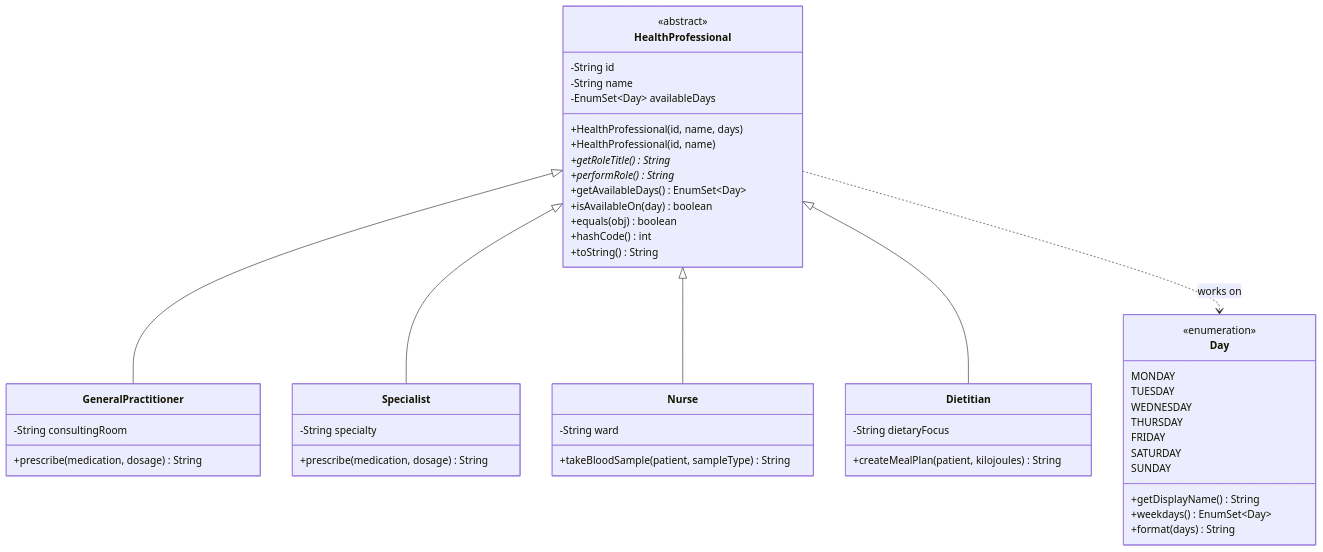
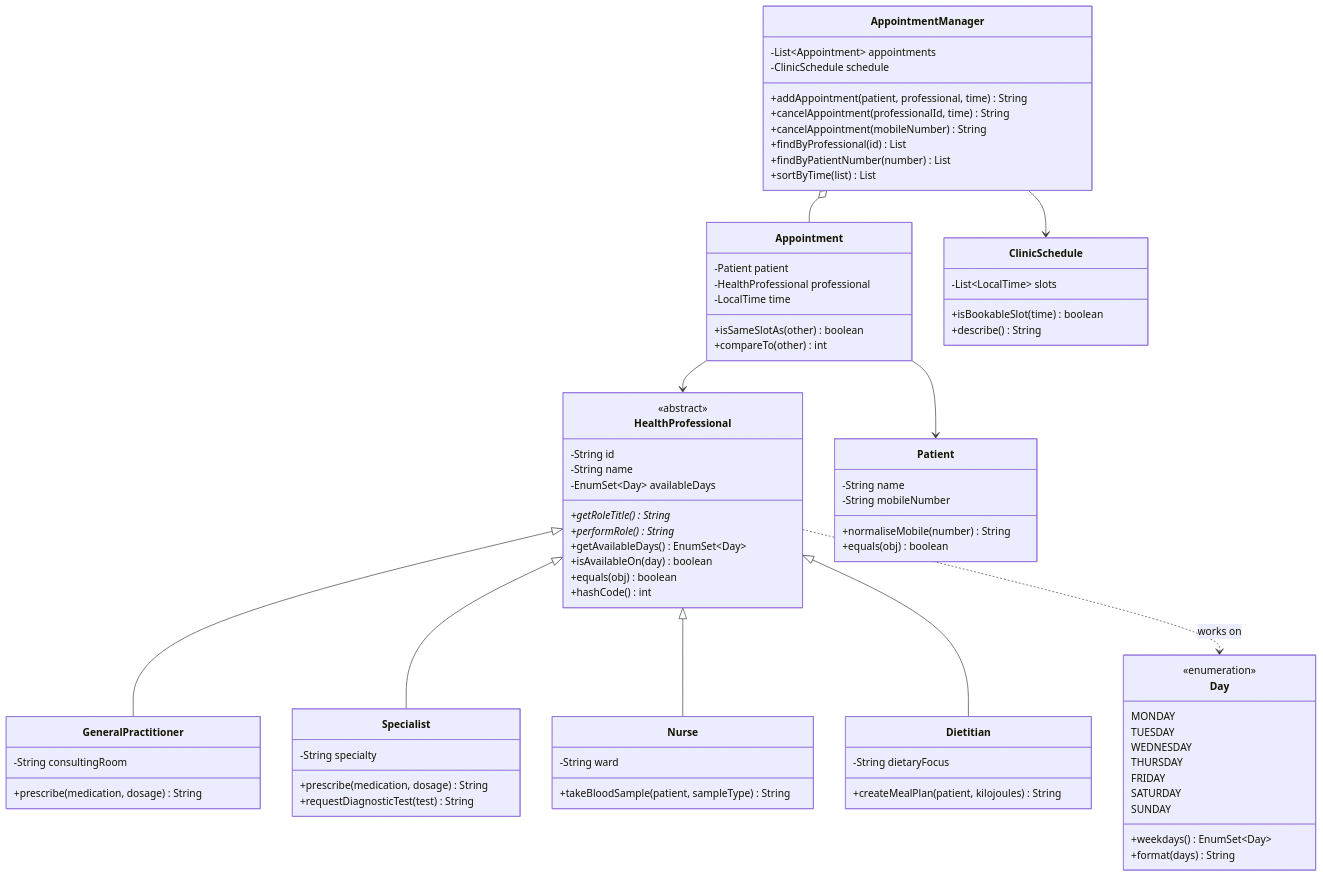
One commit to ZhangYanming88/A1-ZhangYanming changed the diagram in README.md. Above: the diagram before and after it, drawn with Mermaid. The commit also changed other lines of this file and 1 other file, not shown here.

````diff
--- a/README.md
+++ b/README.md
@@ -38,53 +41,82 @@
 ```mermaid
 classDiagram
     class HealthProfessional {
         <<abstract>>
         -String id
         -String name
         -EnumSet~Day~ availableDays
-        +HealthProfessional(id, name, days)
-        +HealthProfessional(id, name)
         +getRoleTitle()* String
         +performRole()* String
         +getAvailableDays() EnumSet~Day~
         +isAvailableOn(day) boolean
         +equals(obj) boolean
         +hashCode() int
-        +toString() String
     }
     class Day {
         <<enumeration>>
         MONDAY
         TUESDAY
         WEDNESDAY
         THURSDAY
         FRIDAY
         SATURDAY
         SUNDAY
-        +getDisplayName() String
         +weekdays() EnumSet~Day~
         +format(days) String
     }
     class GeneralPractitioner {
         -String consultingRoom
         +prescribe(medication, dosage) String
     }
     class Specialist {
         -String specialty
         +prescribe(medication, dosage) String
+        +requestDiagnosticTest(test) String
     }
     class Nurse {
         -String ward
         +takeBloodSample(patient, sampleType) String
     }
     class Dietitian {
         -String dietaryFocus
         +createMealPlan(patient, kilojoules) String
     }
+    class Patient {
+        -String name
+        -String mobileNumber
+        +normaliseMobile(number) String
+        +equals(obj) boolean
+    }
+    class Appointment {
+        -Patient patient
+        -HealthProfessional professional
+        -LocalTime time
+        +isSameSlotAs(other) boolean
+        +compareTo(other) int
+    }
+    class ClinicSchedule {
+        -List~LocalTime~ slots
+        +isBookableSlot(time) boolean
+        +describe() String
+    }
+    class AppointmentManager {
+        -List~Appointment~ appointments
+        -ClinicSchedule schedule
+        +addAppointment(patient, professional, time) String
+        +cancelAppointment(professionalId, time) String
+        +cancelAppointment(mobileNumber) String
+        +findByProfessional(id) List
+        +findByPatientNumber(number) List
+        +sortByTime(list) List
+    }
 
     HealthProfessional <|-- GeneralPractitioner
     HealthProfessional <|-- Specialist
     HealthProfessional <|-- Nurse
     HealthProfessional <|-- Dietitian
     HealthProfessional ..> Day : works on
+    Appointment --> Patient
+    Appointment --> HealthProfessional
+    AppointmentManager o-- Appointment
+    AppointmentManager --> ClinicSchedule
 ```
````
